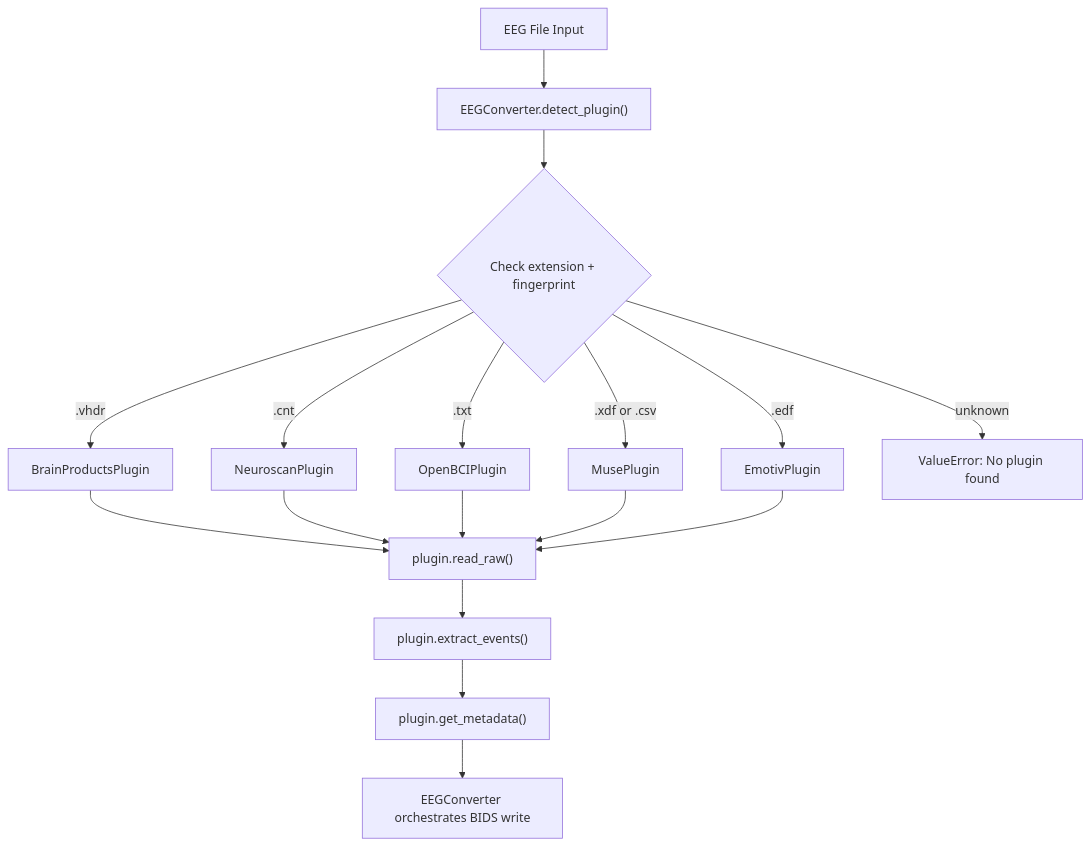
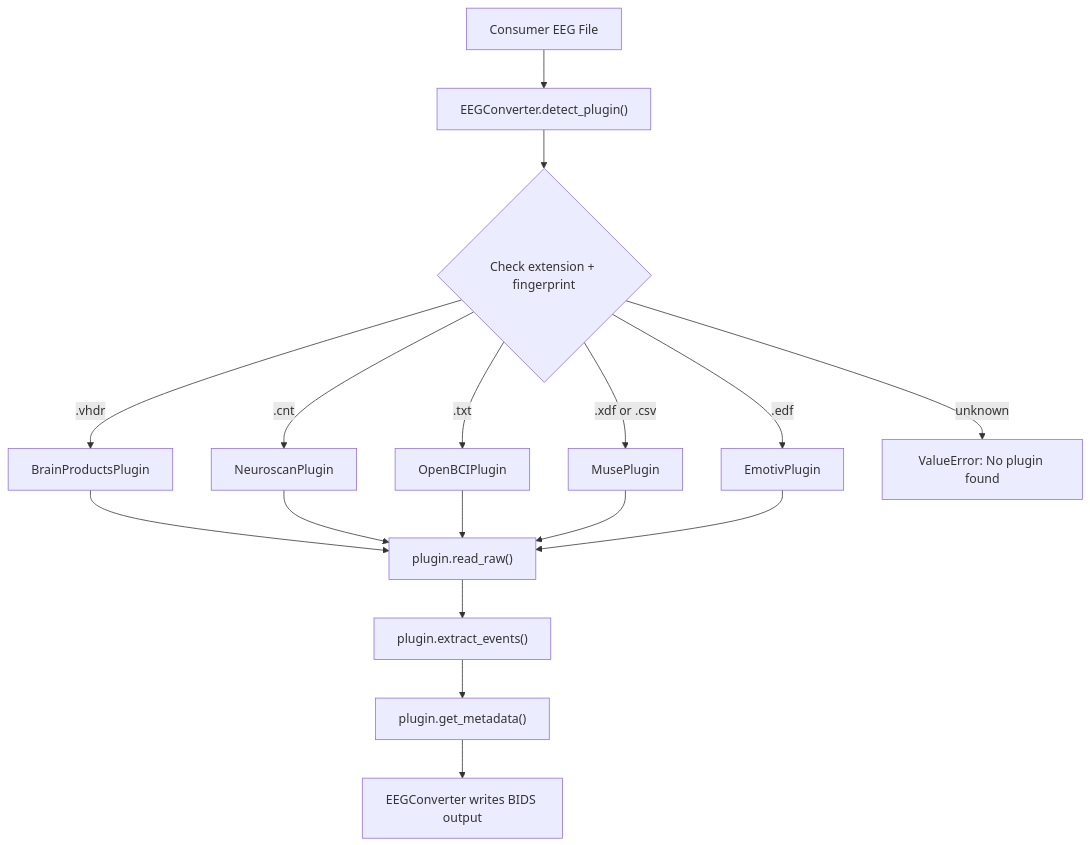
One commit to Satpal26/neurobids-flow changed the second of 3 diagrams in README.md. Above: the diagram before and after it, drawn with Mermaid. The commit also changed other lines of this file, not shown here.

````diff
--- a/README.md
+++ b/README.md
@@ -126,15 +129,15 @@
 ```mermaid
 flowchart TD
-    A["EEG File Input"] --> B["EEGConverter.detect_plugin()"]
+    A["Consumer EEG File"] --> B["EEGConverter.detect_plugin()"]
     B --> C{Check extension + fingerprint}
-    C -->|".vhdr"| D["BrainProductsPlugin"]
-    C -->|".cnt"| E["NeuroscanPlugin"]
     C -->|".txt"| F["OpenBCIPlugin"]
     C -->|".xdf or .csv"| G["MusePlugin"]
     C -->|".edf"| H["EmotivPlugin"]
+    C -->|".vhdr"| D["BrainProductsPlugin"]
+    C -->|".cnt"| E["NeuroscanPlugin"]
     C -->|"unknown"| I["ValueError: No plugin found"]
     D & E & F & G & H --> J["plugin.read_raw()"]
     J --> K["plugin.extract_events()"]
     K --> L["plugin.get_metadata()"]
-    L --> M["EEGConverter orchestrates BIDS write"]
+    L --> M["EEGConverter writes BIDS output"]
 ```
````
